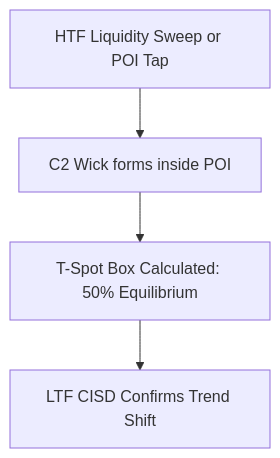
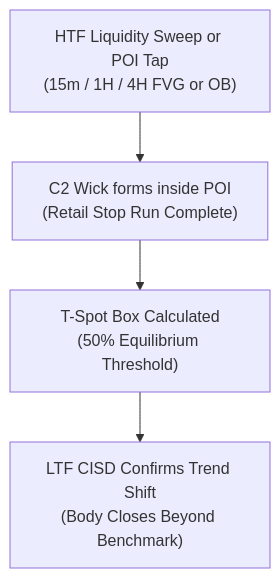
The diagram in docs/curriculum/04_poi_and_tspot.md (DanielKinnito/trading), drawn with Mermaid before and after one commit. The commit also changed other lines of this file and 32 other files, not shown here.

Commit message:
feat(docs): overhaul documentation website with photorealistic charts, modern ttrades-inspired design, and zero ASCII art

````diff
--- a/docs/curriculum/04_poi_and_tspot.md
+++ b/docs/curriculum/04_poi_and_tspot.md
@@ -11,6 +11,6 @@
 ```mermaid
 graph TD
-    A[HTF Liquidity Sweep or POI Tap] --> B[C2 Wick forms inside POI]
-    B --> C[T-Spot Box Calculated: 50% Equilibrium]
-    C --> D[LTF CISD Confirms Trend Shift]
+    A["HTF Liquidity Sweep or POI Tap<br/>(15m / 1H / 4H FVG or OB)"] --> B["C2 Wick forms inside POI<br/>(Retail Stop Run Complete)"]
+    B --> C["T-Spot Box Calculated<br/>(50% Equilibrium Threshold)"]
+    C --> D["LTF CISD Confirms Trend Shift<br/>(Body Closes Beyond Benchmark)"]
 ```
````
